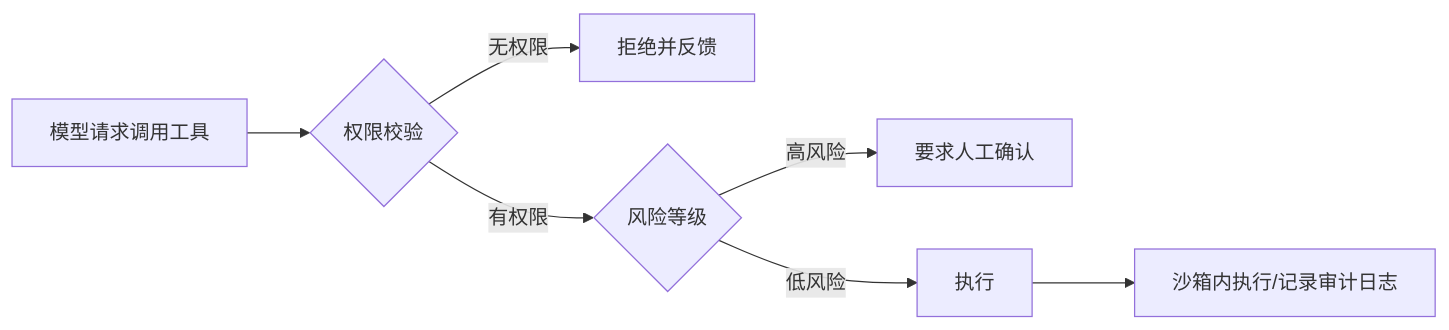
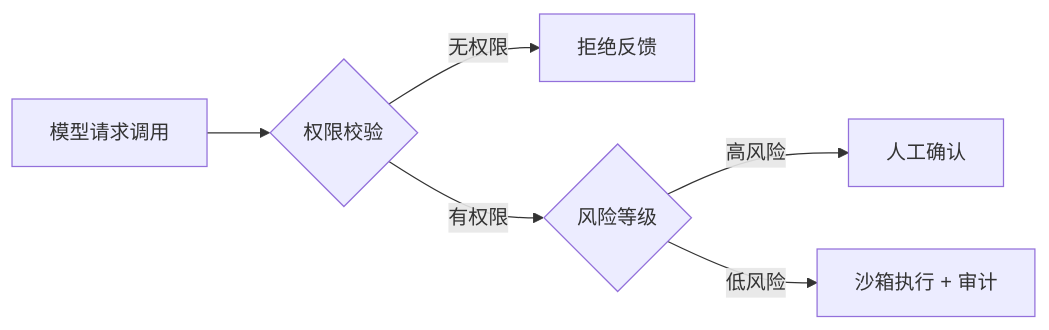
One commit to inspire-man/frontend-knowledge-base changed the second of 2 diagrams in frontend-knowledge-base/卷十一-AIAgentHarness与提示词工程/11.5-工具调用.md. Above: the diagram before and after it, drawn with Mermaid. The commit also changed other lines of this file and 7 other files, not shown here.

````diff
--- a/frontend-knowledge-base/卷十一-AIAgentHarness与提示词工程/11.5-工具调用.md
+++ b/frontend-knowledge-base/卷十一-AIAgentHarness与提示词工程/11.5-工具调用.md
@@ -87,9 +63,8 @@
 ```mermaid
 flowchart LR
-    A[模型请求调用工具] --> B{权限校验}
-    B -->|无权限| C[拒绝并反馈]
+    A[模型请求调用] --> B{权限校验}
+    B -->|无权限| C[拒绝反馈]
     B -->|有权限| D{风险等级}
-    D -->|高风险| E[要求人工确认]
-    D -->|低风险| F[执行]
-    F --> G[沙箱内执行/记录审计日志]
+    D -->|高风险| E[人工确认]
+    D -->|低风险| F[沙箱执行 + 审计]
 ```
````
